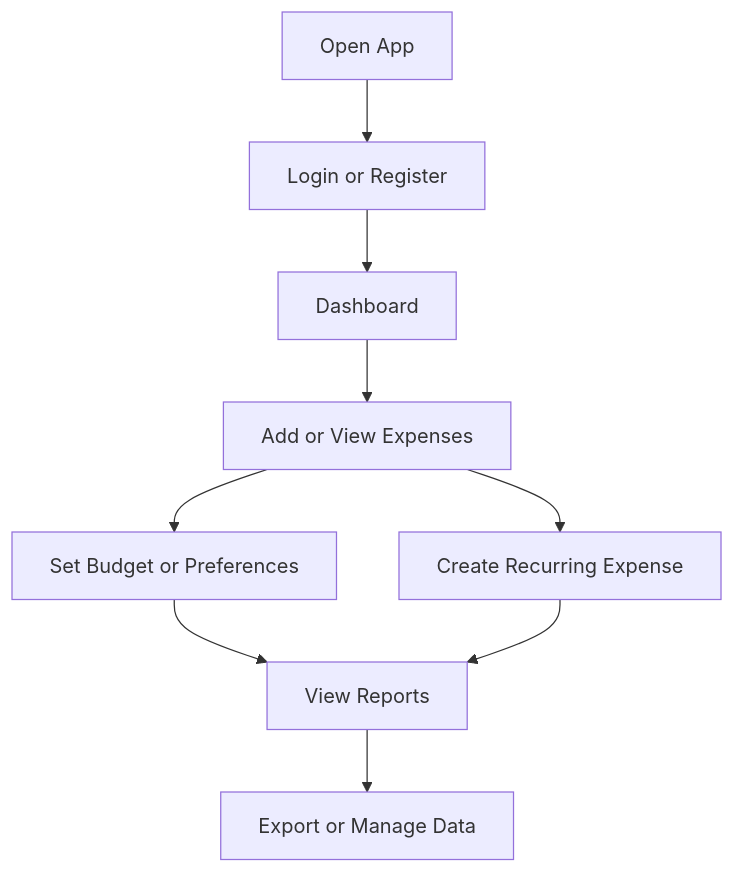
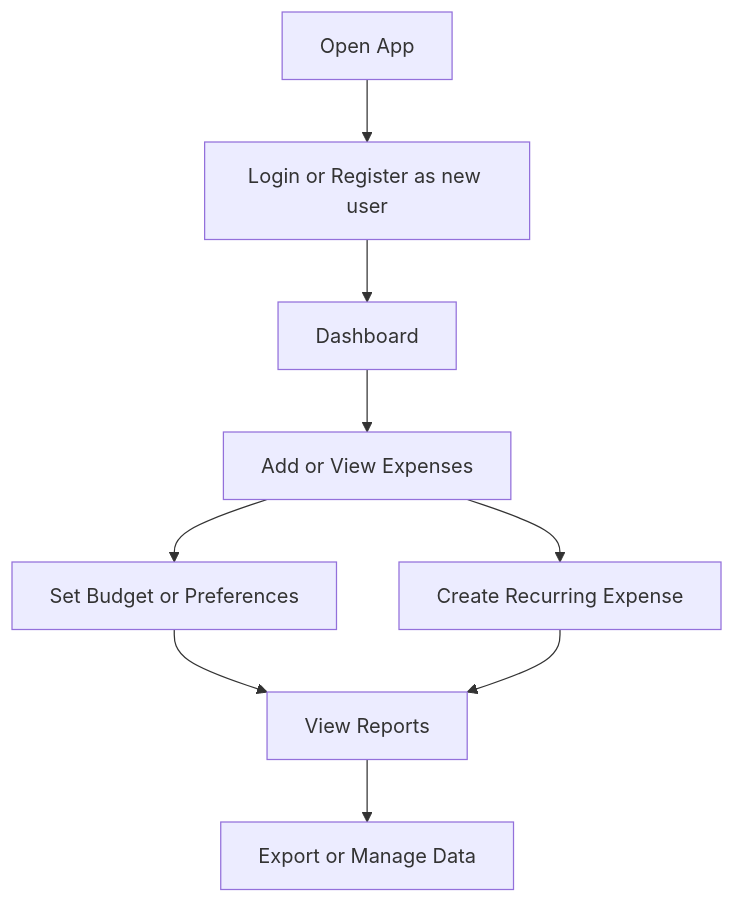
Before and after one commit to hesnyandoro/PennyPulse: the third of 3 diagrams in README.md, drawn with Mermaid.

Commit message:
README update

````diff
--- a/README.md
+++ b/README.md
@@ -151,11 +151,11 @@
 ```mermaid
 flowchart TD
-    A[Open App] --> B[Login or Register]
+    A[Open App] --> B[Login or Register as new user]
     B --> C[Dashboard]
     C --> D[Add or View Expenses]
     D --> E[Set Budget or Preferences]
     D --> F[Create Recurring Expense]
     E --> G[View Reports]
     F --> G
     G --> H[Export or Manage Data]
 ```
````
